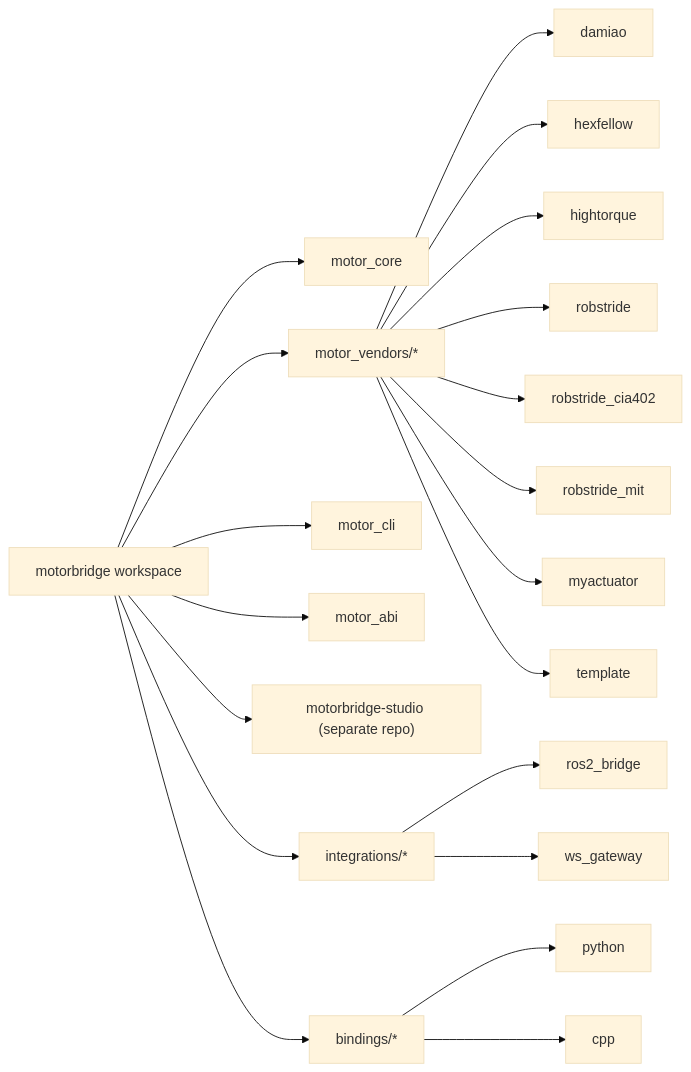
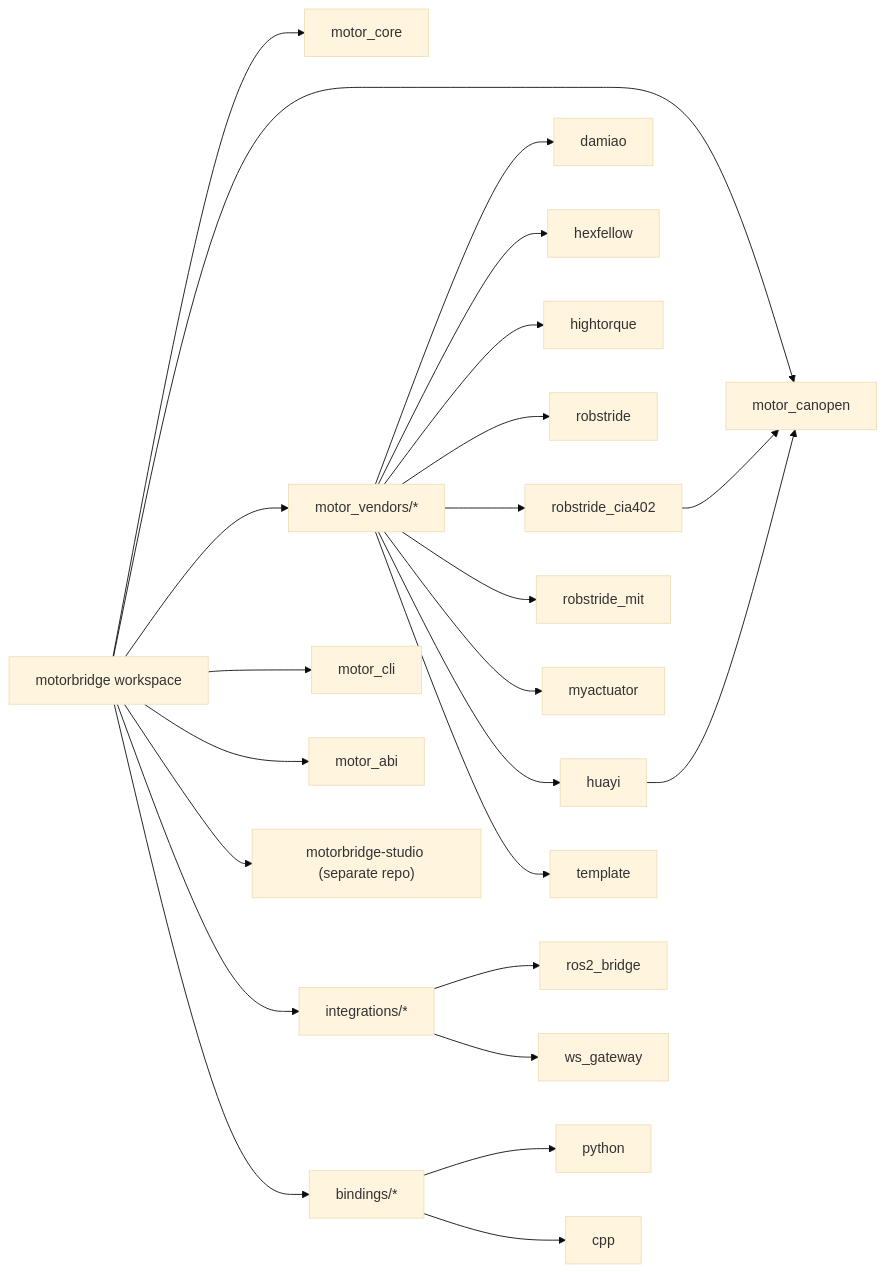
The second of 3 diagrams in README.md (motorbridge/motorbridge), drawn with Mermaid (base theme) before and after one commit. The commit also changed other lines of this file and 104 other files, not shown here.

First line of the commit message:
feat(huayi): add Huayi CANopen joint driver end-to-end

````diff
--- a/README.md
+++ b/README.md
@@ -268,22 +283,26 @@
 ```mermaid
 flowchart LR
   ROOT["motorbridge workspace"] --> CORE["motor_core"]
+  ROOT --> CANOPEN["motor_canopen"]
   ROOT --> VENDORS["motor_vendors/*"]
   ROOT --> CLI["motor_cli"]
   ROOT --> ABI["motor_abi"]
   ROOT --> STUDIO["motorbridge-studio (separate repo)"]
   ROOT --> INTS["integrations/*"]
   ROOT --> BIND["bindings/*"]
   VENDORS --> VD["damiao"]
   VENDORS --> VH["hexfellow"]
   VENDORS --> VHT["hightorque"]
   VENDORS --> VR["robstride"]
   VENDORS --> VRC["robstride_cia402"]
   VENDORS --> VRM["robstride_mit"]
   VENDORS --> VM["myactuator"]
+  VENDORS --> VHY["huayi"]
   VENDORS --> VT["template"]
+  VRC --> CANOPEN
+  VHY --> CANOPEN
   INTS --> ROS["ros2_bridge"]
   INTS --> WS["ws_gateway"]
   BIND --> PY["python"]
   BIND --> CPP["cpp"]
 ```
````
